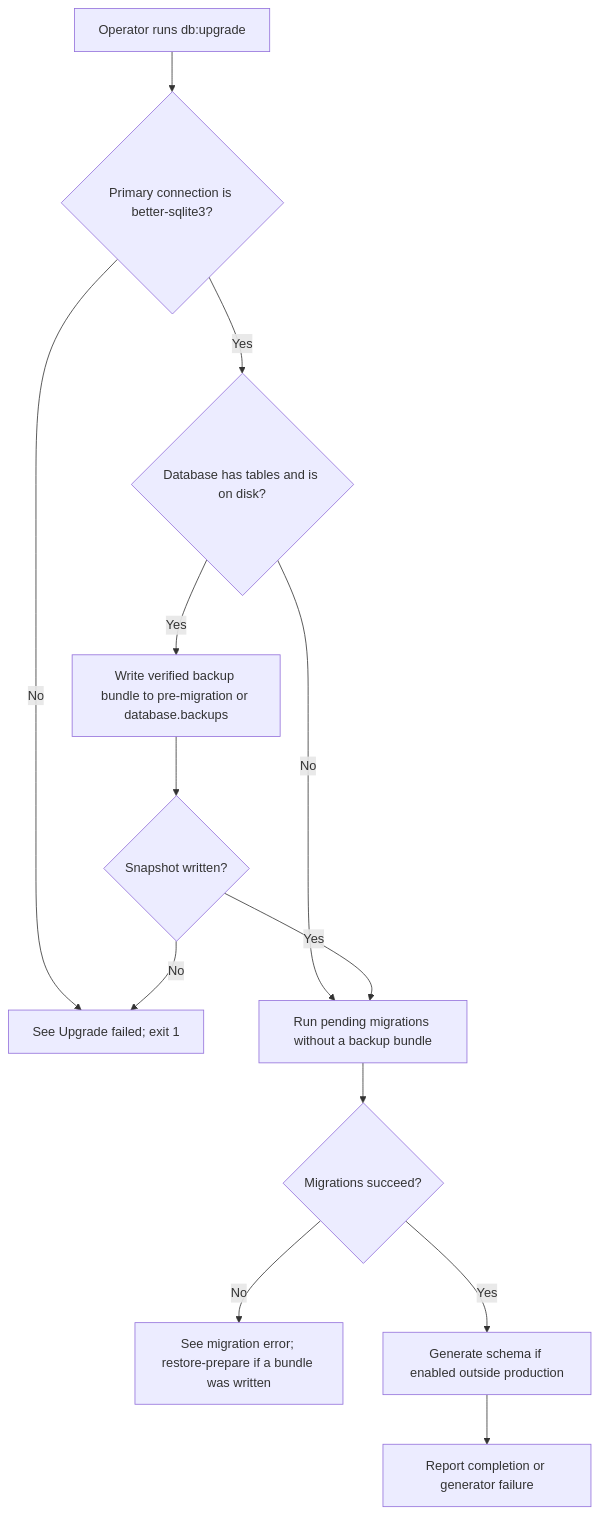
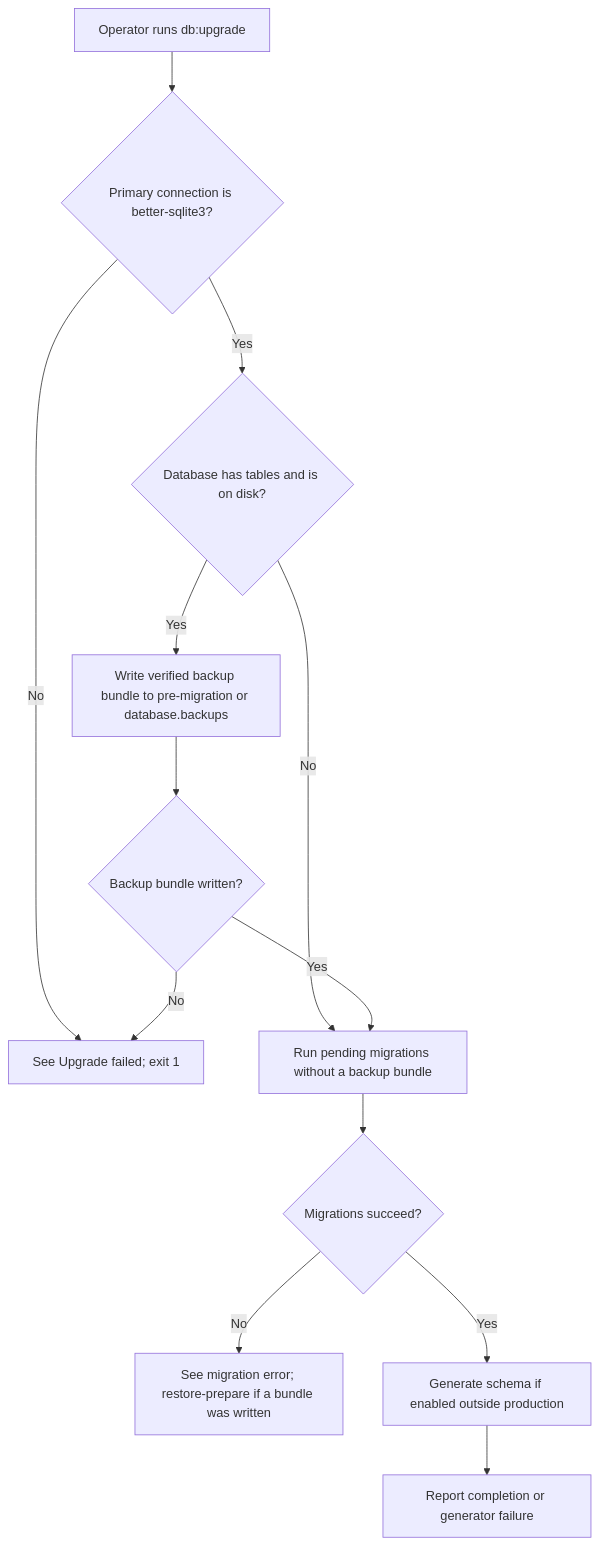
Before and after one commit to Kevinjohn/oss-adonisjs-sqlite-backup: the first of 2 diagrams in user-stories/upgrade-database/us-op-06-upgrade-database.md, drawn with Mermaid. The commit also changed 9 other files, not shown here.

````diff
--- a/user-stories/upgrade-database/us-op-06-upgrade-database.md
+++ b/user-stories/upgrade-database/us-op-06-upgrade-database.md
@@ -27,15 +27,15 @@
 ```mermaid
 flowchart TD
     A["Operator runs db:upgrade"] --> B{"Primary connection is better-sqlite3?"}
     B -->|No| C["See Upgrade failed; exit 1"]
     B -->|Yes| D{"Database has tables and is on disk?"}
     D -->|No| G["Run pending migrations without a backup bundle"]
     D -->|Yes| E["Write verified backup bundle to pre-migration or database.backups"]
-    E --> F{"Snapshot written?"}
+    E --> F{"Backup bundle written?"}
     F -->|No| C
     F -->|Yes| G
     G --> H{"Migrations succeed?"}
     H -->|No| I["See migration error; restore-prepare if a bundle was written"]
     H -->|Yes| J["Generate schema if enabled outside production"]
     J --> K["Report completion or generator failure"]
 ```
````
